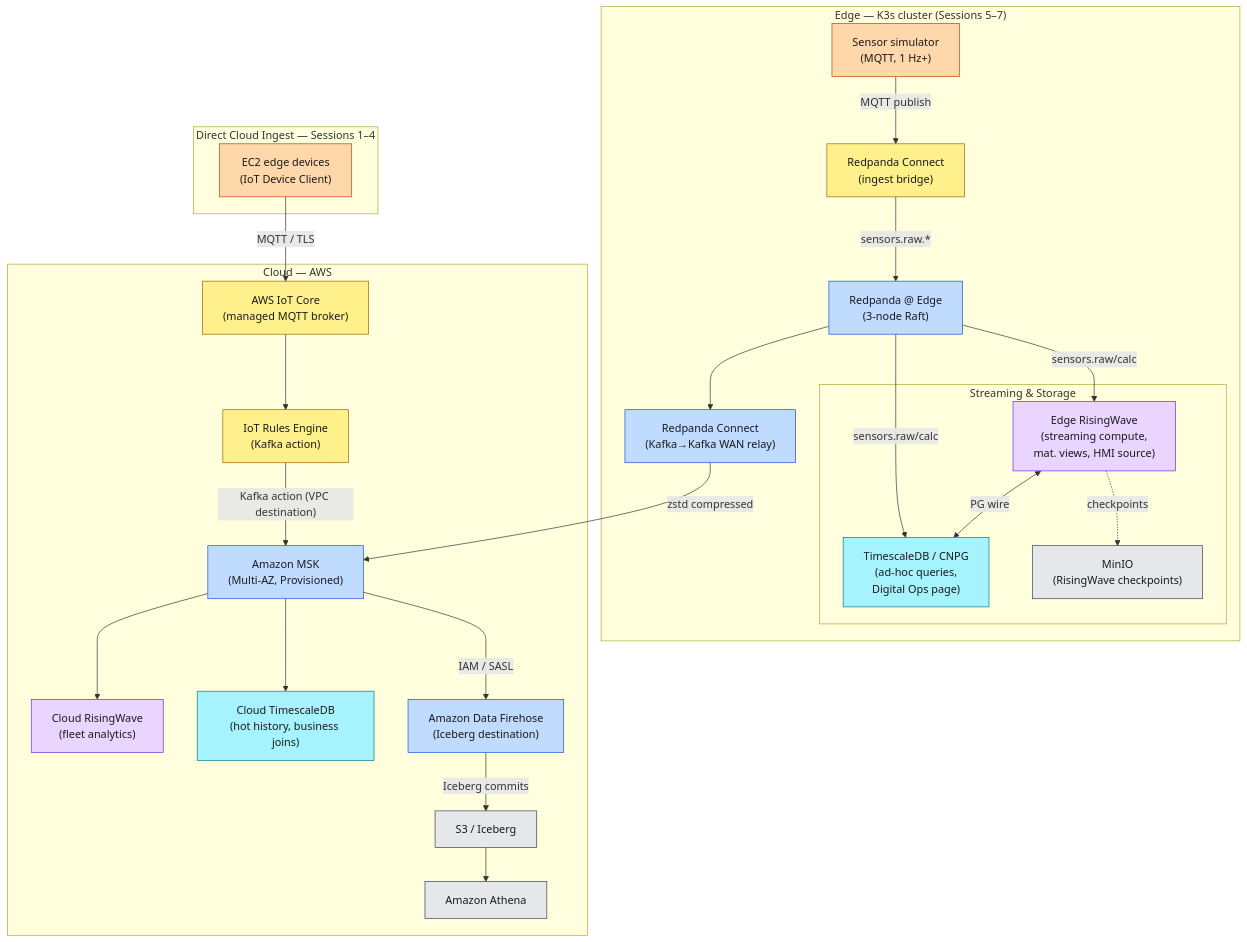
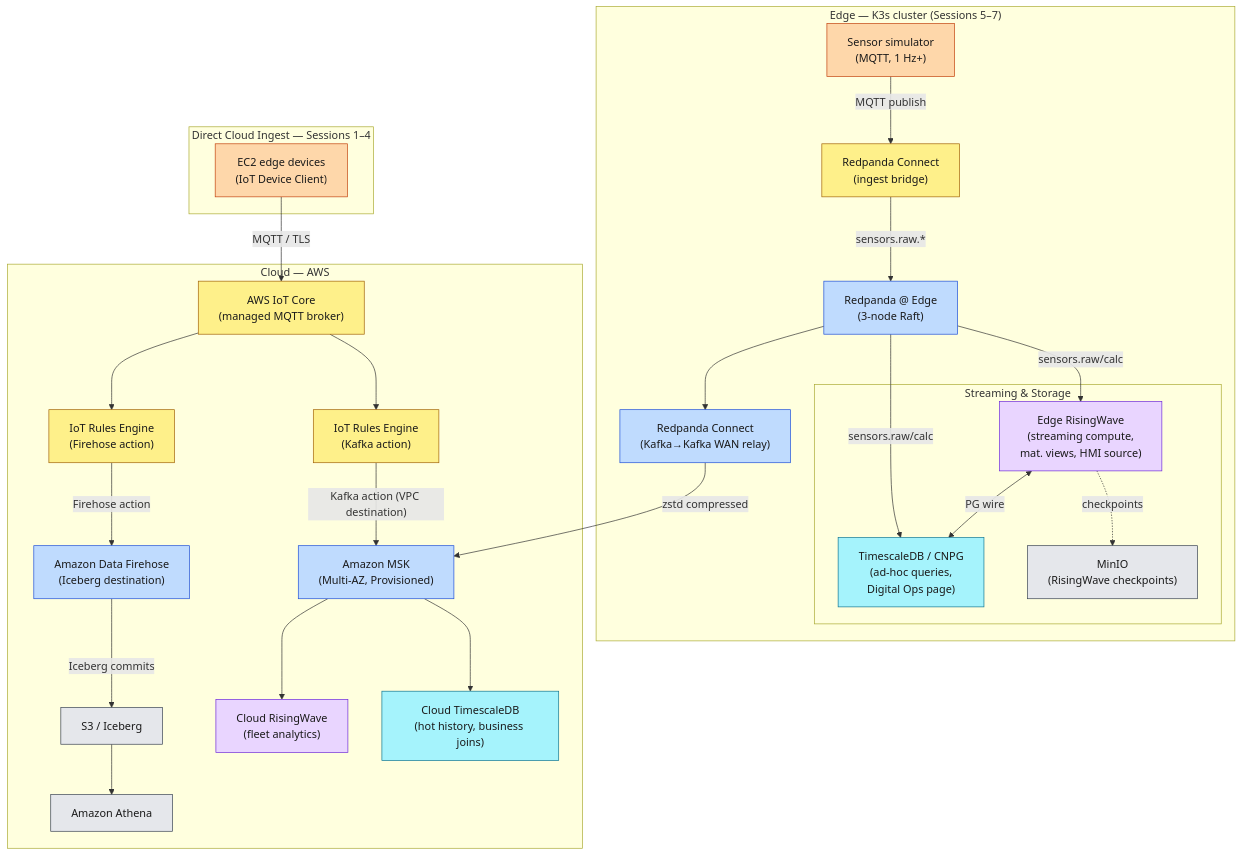
The second of 2 diagrams in workshop/index.md (aws-samples/sample-edge-to-cloud-digital-ops-workshop), drawn with Mermaid before and after one commit. The commit also changed other lines of this file and 12 other files, not shown here.

````diff
--- a/workshop/index.md
+++ b/workshop/index.md
@@ -61,64 +61,66 @@
 ```mermaid
 flowchart TD
     subgraph edge["Edge — K3s cluster (Sessions 5–7)"]
         Sensor["Sensor simulator<br>(MQTT, 1 Hz+)"]
         MQTTBroker["Redpanda Connect<br>(ingest bridge)"]
         RP["Redpanda @ Edge<br>(3-node Raft)"]
 
         subgraph edge_compute["Streaming & Storage"]
             RW_edge["Edge RisingWave<br>(streaming compute,<br>mat. views, HMI source)"]
             TSDB["TimescaleDB / CNPG<br>(ad-hoc queries,<br>Digital Ops page)"]
             MinIO["MinIO<br>(RisingWave checkpoints)"]
         end
 
         RPC_relay["Redpanda Connect<br>(Kafka→Kafka WAN relay)"]
     end
 
     subgraph iot_edge["Direct Cloud Ingest — Sessions 1–4"]
         IoTDevice["EC2 edge devices<br>(IoT Device Client)"]
     end
 
     subgraph cloud["Cloud — AWS"]
         IoTCore["AWS IoT Core<br>(managed MQTT broker)"]
+        IoTRuleFH["IoT Rules Engine<br>(Firehose action)"]
+        Firehose["Amazon Data Firehose<br>(Iceberg destination)"]
+        S3["S3 / Iceberg"]
+        Athena["Amazon Athena"]
         IoTRule["IoT Rules Engine<br>(Kafka action)"]
         MSK["Amazon MSK<br>(Multi-AZ, Provisioned)"]
         RW_cloud["Cloud RisingWave<br>(fleet analytics)"]
         TSDB_cloud["Cloud TimescaleDB<br>(hot history, business joins)"]
-        Firehose["Amazon Data Firehose<br>(Iceberg destination)"]
-        S3["S3 / Iceberg"]
-        Athena["Amazon Athena"]
     end
 
     Sensor -->|MQTT publish| MQTTBroker
     MQTTBroker -->|sensors.raw.*| RP
     RP -->|sensors.raw/calc| RW_edge
     RP -->|sensors.raw/calc| TSDB
     RW_edge <-->|PG wire| TSDB
     RW_edge -.->|checkpoints| MinIO
     RP --> RPC_relay
     RPC_relay -->|zstd compressed| MSK
 
     IoTDevice -->|"MQTT / TLS"| IoTCore
+    IoTCore --> IoTRuleFH
     IoTCore --> IoTRule
+    IoTRuleFH -->|"Firehose action"| Firehose
+    Firehose -->|"Iceberg commits"| S3
+    S3 --> Athena
     IoTRule -->|"Kafka action (VPC destination)"| MSK
 
     MSK --> RW_cloud
     MSK --> TSDB_cloud
-    MSK -->|"IAM / SASL"| Firehose
-    Firehose -->|"Iceberg commits"| S3
-    S3 --> Athena
 
     classDef sensor fill:#FED7AA,stroke:#C2410C,color:#1a1a1a
     classDef broker fill:#FEF08A,stroke:#A16207,color:#1a1a1a
     classDef streaming fill:#BFDBFE,stroke:#1D4ED8,color:#1a1a1a
     classDef inmem fill:#E9D5FF,stroke:#6D28D9,color:#1a1a1a
     classDef tsdb fill:#A5F3FC,stroke:#0E7490,color:#1a1a1a
     classDef object fill:#E5E7EB,stroke:#374151,color:#1a1a1a
 
     class Sensor,IoTDevice sensor
-    class MQTTBroker,IoTCore,IoTRule broker
+    class MQTTBroker,IoTCore,IoTRule,IoTRuleFH broker
     class RPC_relay,RP,MSK,Firehose streaming
     class RW_edge,RW_cloud inmem
     class TSDB,TSDB_cloud tsdb
     class MinIO,S3,Athena object
 ```
````
